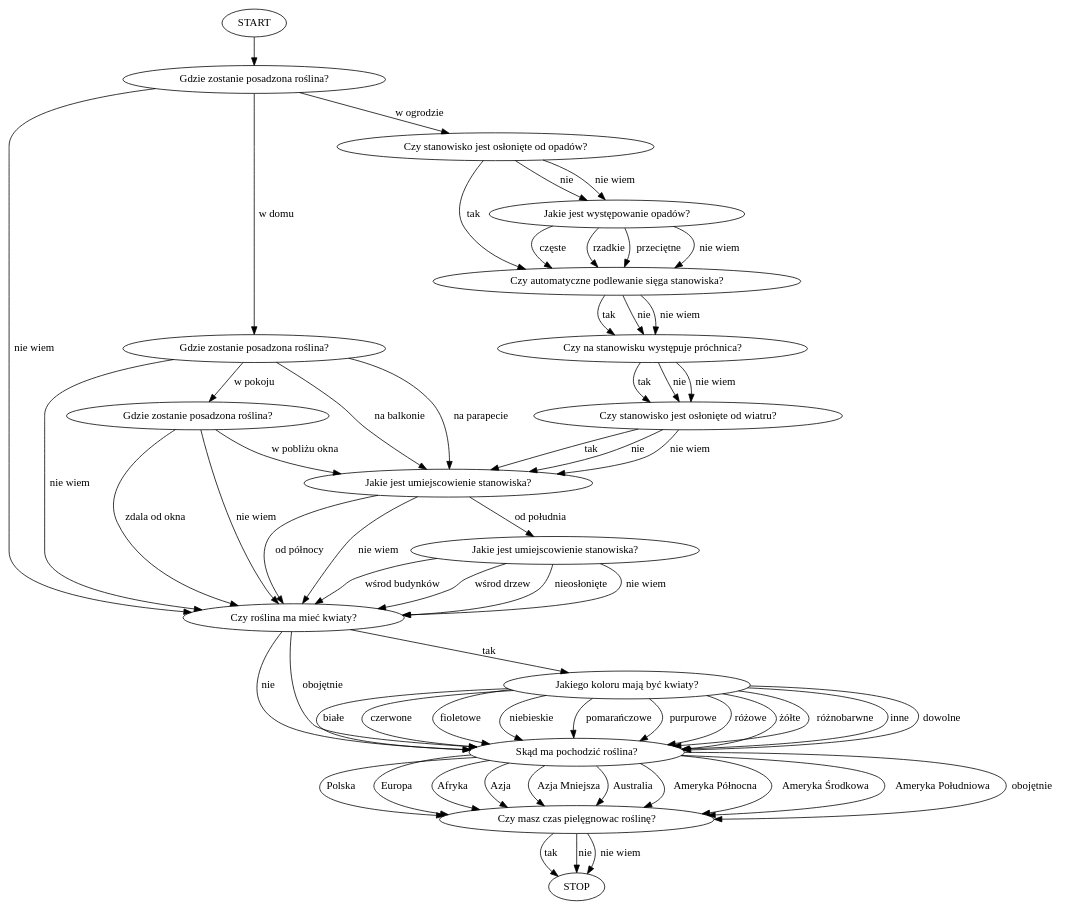
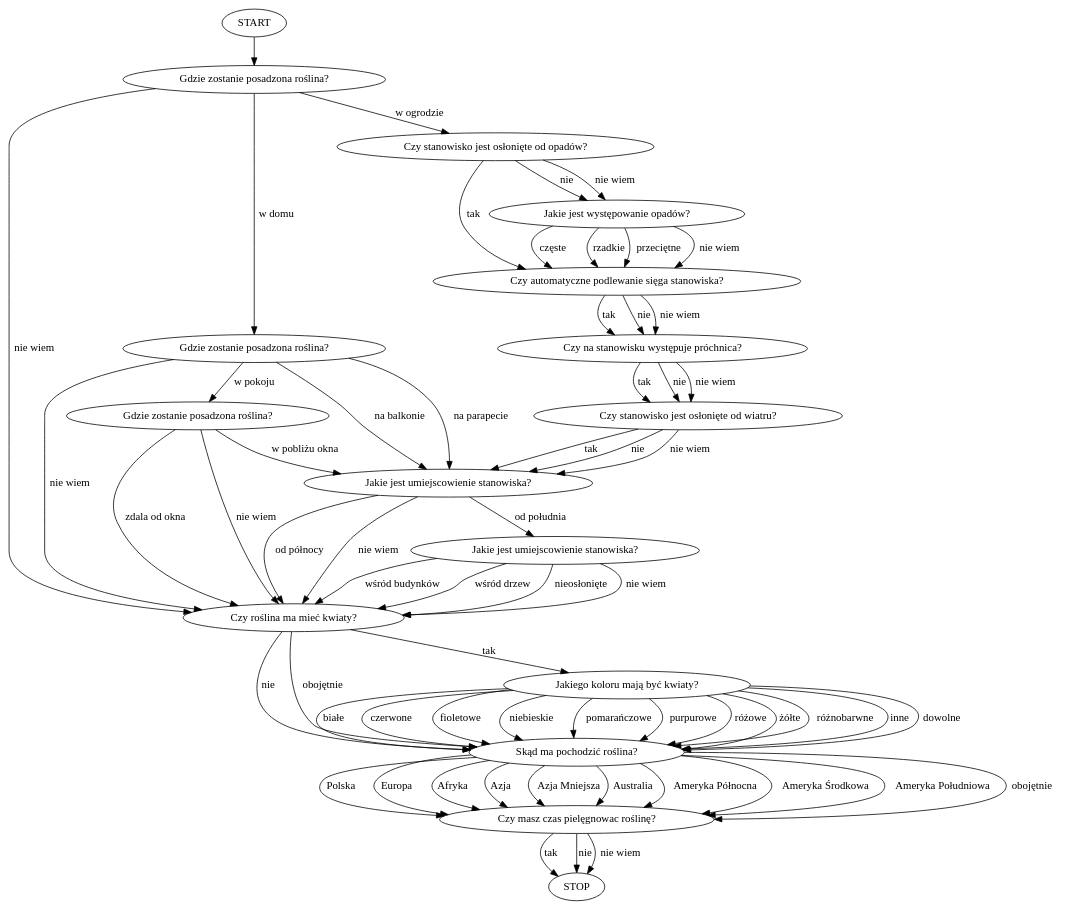
Before and after one commit to TripleEmcoder/Archive: the diagram in si/gardener/res/gardener/questions.dot, drawn with Graphviz. The commit also changed 7 other files, not shown here.

```diff
--- a/si/gardener/res/gardener/questions.dot
+++ b/si/gardener/res/gardener/questions.dot
@@ -1,85 +1,85 @@
 digraph
 {
 	lokalizacja1    [ label = "Gdzie zostanie posadzona roślina?"             ];
 	lokalizacja2    [ label = "Gdzie zostanie posadzona roślina?"             ];
 	lokalizacja3    [ label = "Gdzie zostanie posadzona roślina?"             ];
 	orientacja      [ label = "Jakie jest umiejscowienie stanowiska?"         ];
 	osłonięcie1     [ label = "Jakie jest umiejscowienie stanowiska?"         ];
 	osłonięcie2     [ label = "Czy stanowisko jest osłonięte od opadów?"      ];
 	opady           [ label = "Jakie jest występowanie opadów?"               ];
 	sikawki         [ label = "Czy automatyczne podlewanie sięga stanowiska?" ];
 	próchnica       [ label = "Czy na stanowisku występuje próchnica?"        ];
 	osłonięcie3     [ label = "Czy stanowisko jest osłonięte od wiatru?"      ];
 	kwiaty1         [ label = "Czy roślina ma mieć kwiaty?"                   ];
 	kwiaty2         [ label = "Jakiego koloru mają być kwiaty?"               ];
 	pochodzenie     [ label = "Skąd ma pochodzić roślina?"                    ];
 	pielęgnacja     [ label = "Czy masz czas pielęgnowac roślinę?"            ];
 
 	START           -> lokalizacja1
 	
 	//dom
 	lokalizacja1    -> lokalizacja2    [ label = "w domu"         ];
 	lokalizacja2    -> lokalizacja3    [ label = "w pokoju"       ];
 	lokalizacja2    -> orientacja      [ label = "na balkonie"    ];
 	lokalizacja2    -> orientacja      [ label = "na parapecie"   ];
 	lokalizacja2    -> kwiaty1         [ label = "nie wiem"       ];
 	orientacja      -> kwiaty1         [ label = "od północy"     ];
 	orientacja      -> osłonięcie1     [ label = "od południa"    ];
 	orientacja      -> kwiaty1         [ label = "nie wiem"       ];
 	lokalizacja3    -> orientacja      [ label = "w pobliżu okna" ];
 	lokalizacja3    -> kwiaty1         [ label = "zdala od okna"  ];
 	lokalizacja3    -> kwiaty1         [ label = "nie wiem"       ];
-	osłonięcie1     -> kwiaty1         [ label = "wśrod budynków" ];
-	osłonięcie1     -> kwiaty1         [ label = "wśrod drzew"    ];
+	osłonięcie1     -> kwiaty1         [ label = "wśród budynków" ];
+	osłonięcie1     -> kwiaty1         [ label = "wśród drzew"    ];
 	osłonięcie1     -> kwiaty1         [ label = "nieosłonięte"   ];
 	osłonięcie1     -> kwiaty1         [ label = "nie wiem"       ];
 
 	//ogrod
 	lokalizacja1    -> osłonięcie2     [ label = "w ogrodzie"     ];
 	osłonięcie2     -> sikawki         [ label = "tak"            ];
 	osłonięcie2     -> opady           [ label = "nie"            ];
 	osłonięcie2     -> opady           [ label = "nie wiem"       ];
 	opady           -> sikawki         [ label = "częste"         ];
 	opady           -> sikawki         [ label = "rzadkie"        ];
 	opady           -> sikawki         [ label = "przeciętne"     ];
 	opady           -> sikawki         [ label = "nie wiem"       ];
 	sikawki         -> próchnica       [ label = "tak"            ];
 	sikawki         -> próchnica       [ label = "nie"            ];
 	sikawki         -> próchnica       [ label = "nie wiem"       ];
 	próchnica       -> osłonięcie3     [ label = "tak"            ];
 	próchnica       -> osłonięcie3     [ label = "nie"            ];
 	próchnica       -> osłonięcie3     [ label = "nie wiem"       ];
 	osłonięcie3     -> orientacja      [ label = "tak"            ];
 	osłonięcie3     -> orientacja      [ label = "nie"            ];
 	osłonięcie3     -> orientacja      [ label = "nie wiem"       ];
 
 	//ogolne
 	lokalizacja1    -> kwiaty1         [ label = "nie wiem"       ];
 	kwiaty1         -> kwiaty2         [ label = "tak"            ];
 	kwiaty1         -> pochodzenie     [ label = "nie"            ];
 	kwiaty1         -> pochodzenie     [ label = "obojętnie"      ];
 	kwiaty2         -> pochodzenie     [ label = "białe"          ];
 	kwiaty2         -> pochodzenie     [ label = "czerwone"       ];
 	kwiaty2         -> pochodzenie     [ label = "fioletowe"      ];
 	kwiaty2         -> pochodzenie     [ label = "niebieskie"     ];
 	kwiaty2         -> pochodzenie     [ label = "pomarańczowe"   ];
 	kwiaty2         -> pochodzenie     [ label = "purpurowe"   ];
 	kwiaty2         -> pochodzenie     [ label = "różowe"         ];
 	kwiaty2         -> pochodzenie     [ label = "żółte"          ];
 	kwiaty2         -> pochodzenie     [ label = "różnobarwne"    ];
 	kwiaty2         -> pochodzenie     [ label = "inne"           ];
 	kwiaty2         -> pochodzenie     [ label = "dowolne"        ];
 	pochodzenie     -> pielęgnacja     [ label = "Polska"         ];
 	pochodzenie     -> pielęgnacja     [ label = "Europa"         ];
 	pochodzenie     -> pielęgnacja     [ label = "Afryka"         ];
 	pochodzenie     -> pielęgnacja     [ label = "Azja"           ];
 	pochodzenie     -> pielęgnacja     [ label = "Azja Mniejsza"  ];
 	pochodzenie     -> pielęgnacja     [ label = "Australia"      ];
 	pochodzenie     -> pielęgnacja     [ label = "Ameryka Północna"   ];
 	pochodzenie     -> pielęgnacja     [ label = "Ameryka Środkowa"   ];
 	pochodzenie     -> pielęgnacja     [ label = "Ameryka Południowa" ];
 	pochodzenie     -> pielęgnacja     [ label = "obojętnie"      ];
 	pielęgnacja     -> STOP            [ label = "tak"            ];
 	pielęgnacja     -> STOP            [ label = "nie"            ];
 	pielęgnacja     -> STOP            [ label = "nie wiem"       ];
 }
```
